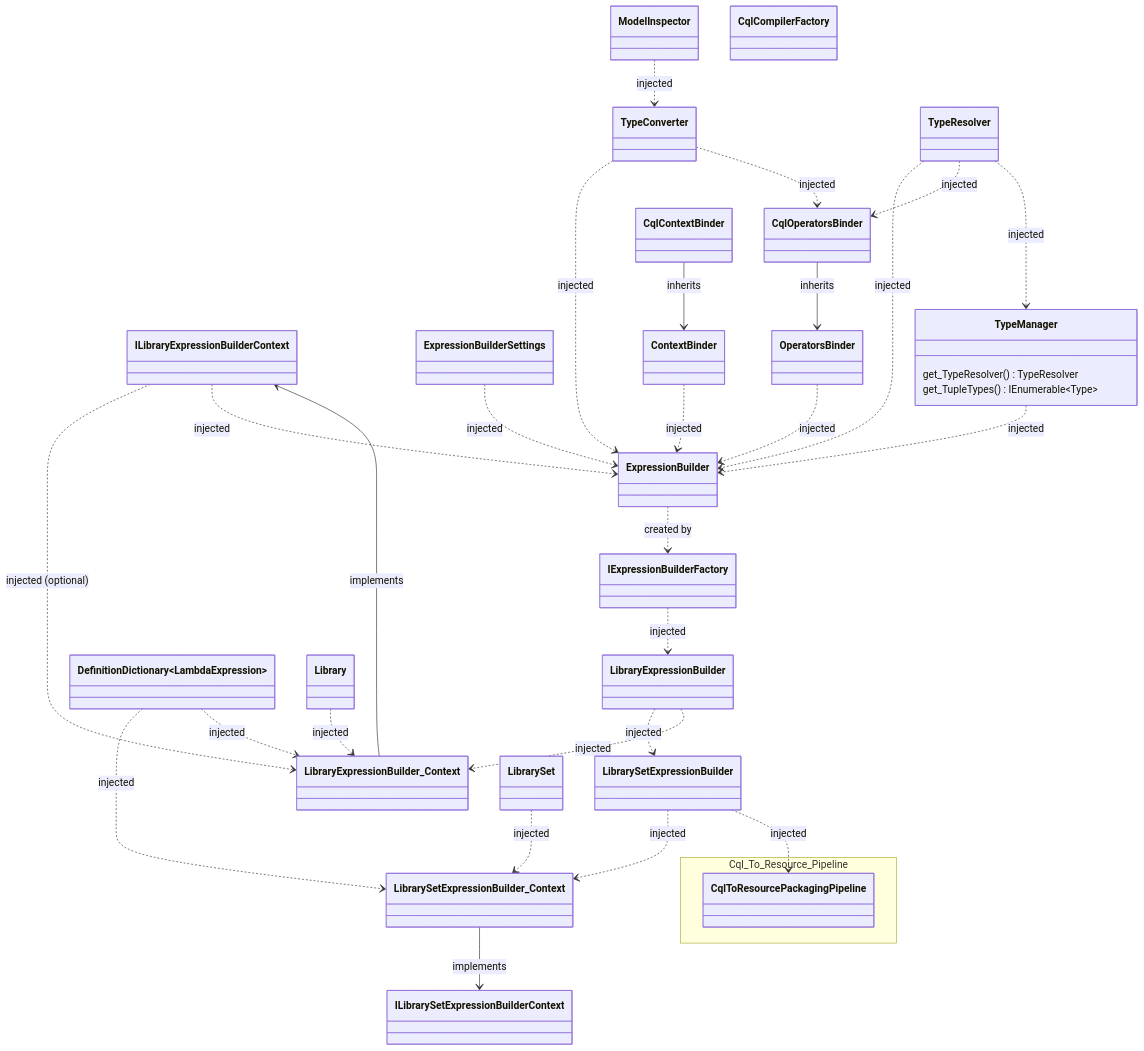
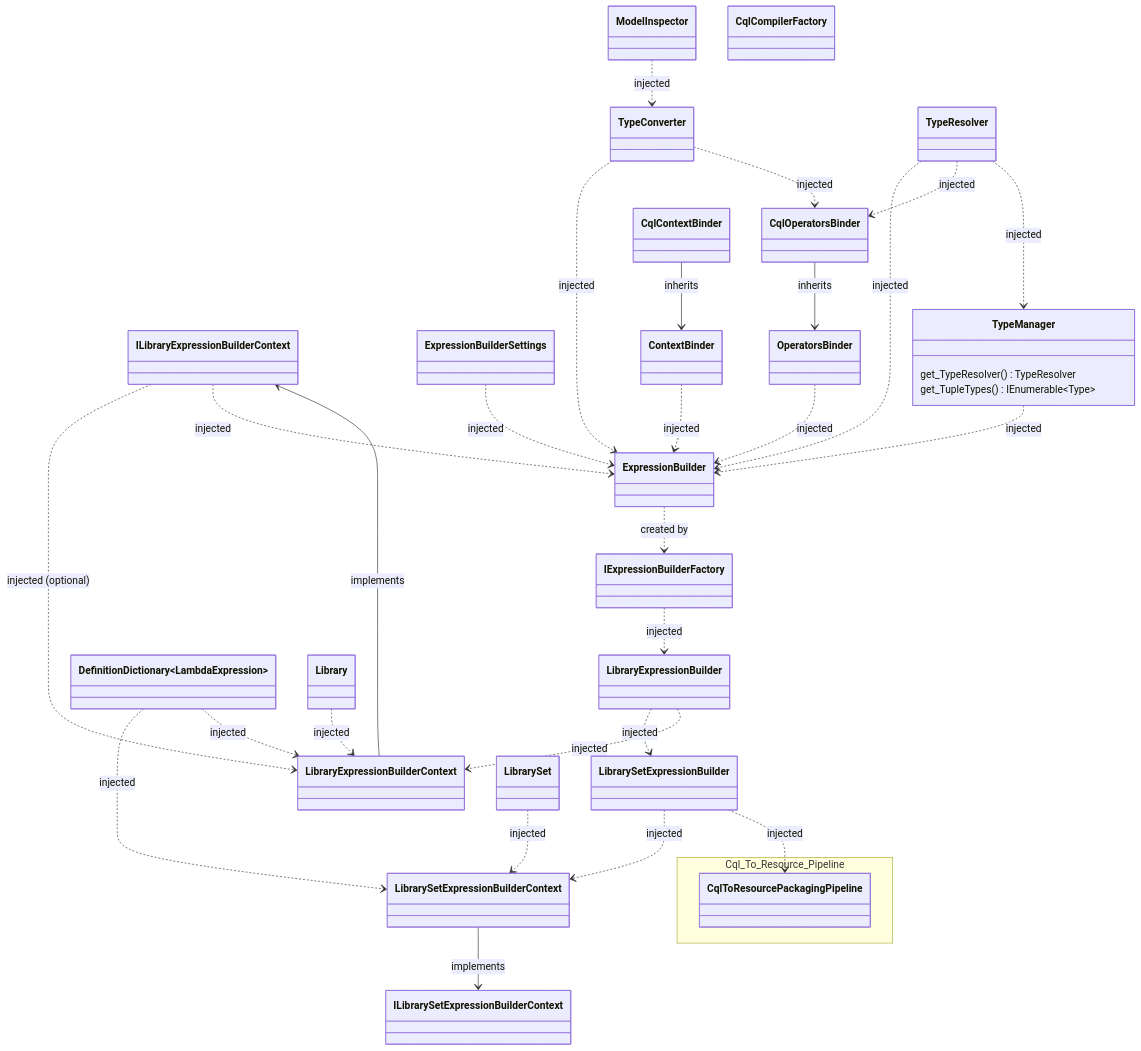
One commit to FirelyTeam/firely-cql-sdk changed the second of 2 diagrams in docs/packager-cli-dependency-graph.md. Above: the diagram before and after it, drawn with Mermaid. The commit also changed 5 other files, not shown here.

```diff
--- a/docs/packager-cli-dependency-graph.md
+++ b/docs/packager-cli-dependency-graph.md
@@ -136,7 +136,7 @@
         class ILibrarySetExpressionBuilderContext{
         }
 
-        class LibrarySetExpressionBuilder_Context {
+        class LibrarySetExpressionBuilderContext {
         }
 
         class LibrarySetExpressionBuilder{
@@ -145,7 +145,7 @@
         class ILibraryExpressionBuilderContext{
         }
 
-        class LibraryExpressionBuilder_Context {
+        class LibraryExpressionBuilderContext {
         }
 
         class LibraryExpressionBuilder{
@@ -200,8 +200,8 @@
 
     %% Inheritance  
 
-    LibrarySetExpressionBuilder_Context --> ILibrarySetExpressionBuilderContext : implements
-    LibraryExpressionBuilder_Context --> ILibraryExpressionBuilderContext : implements
+    LibrarySetExpressionBuilderContext --> ILibrarySetExpressionBuilderContext : implements
+    LibraryExpressionBuilderContext --> ILibraryExpressionBuilderContext : implements
 
     CqlContextBinder --> ContextBinder : inherits
     CqlOperatorsBinder --> OperatorsBinder : inherits
@@ -210,16 +210,16 @@
 
     LibraryExpressionBuilder ..> LibrarySetExpressionBuilder : injected
 
-    LibrarySetExpressionBuilder ..> LibrarySetExpressionBuilder_Context : injected
-    DefinitionDictionary~LambdaExpression~ ..> LibrarySetExpressionBuilder_Context : injected
-    LibrarySet ..> LibrarySetExpressionBuilder_Context : injected
+    LibrarySetExpressionBuilder ..> LibrarySetExpressionBuilderContext : injected
+    DefinitionDictionary~LambdaExpression~ ..> LibrarySetExpressionBuilderContext : injected
+    LibrarySet ..> LibrarySetExpressionBuilderContext : injected
 
     IExpressionBuilderFactory ..> LibraryExpressionBuilder : injected
 
-    LibraryExpressionBuilder ..> LibraryExpressionBuilder_Context : injected
-    Library ..> LibraryExpressionBuilder_Context : injected
-    DefinitionDictionary~LambdaExpression~ ..> LibraryExpressionBuilder_Context : injected
-    ILibraryExpressionBuilderContext ..> LibraryExpressionBuilder_Context : injected (optional)
+    LibraryExpressionBuilder ..> LibraryExpressionBuilderContext : injected
+    Library ..> LibraryExpressionBuilderContext : injected
+    DefinitionDictionary~LambdaExpression~ ..> LibraryExpressionBuilderContext : injected
+    ILibraryExpressionBuilderContext ..> LibraryExpressionBuilderContext : injected (optional)
 
     ExpressionBuilder ..> IExpressionBuilderFactory : created by
 
```
